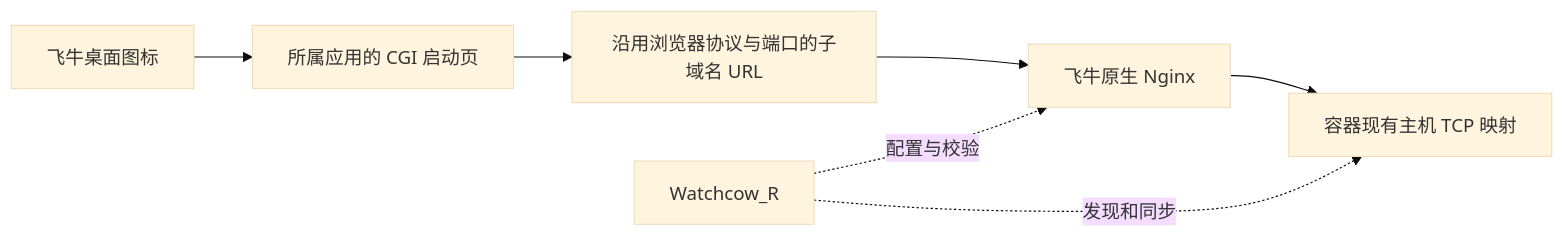
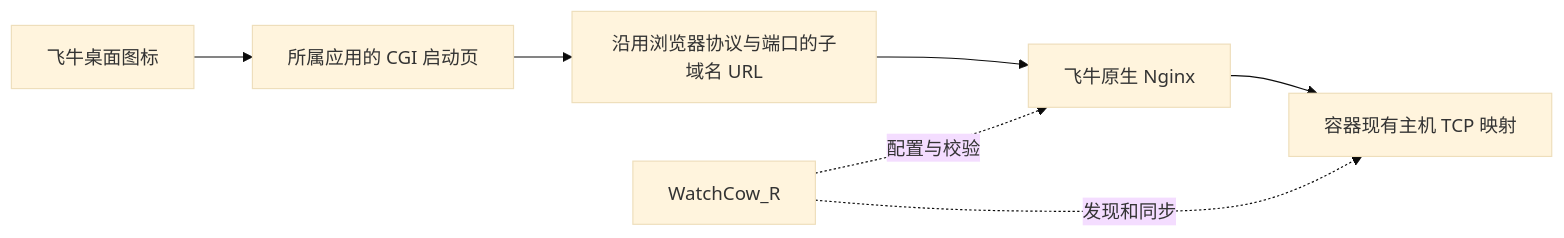
Before and after one commit to oaooi/watchcow_reverse: the diagram in README.md, drawn with Mermaid (base theme). The commit also changed other lines of this file and 18 other files, not shown here.

First line of the commit message:
fix: recover reverse proxy state and refresh WatchCow_R dashboard

````diff
--- a/README.md
+++ b/README.md
@@ -109,9 +115,9 @@
 ```mermaid
 flowchart LR
     Desktop[飞牛桌面图标] --> CGI[所属应用的 CGI 启动页]
     CGI --> Browser[沿用浏览器协议与端口的子域名 URL]
     Browser --> Nginx[飞牛原生 Nginx]
     Nginx --> Docker[容器现有主机 TCP 映射]
-    Controller[Watchcow_R] -.发现和同步.-> Docker
+    Controller[WatchCow_R] -.发现和同步.-> Docker
     Controller -.配置与校验.-> Nginx
 ```
````
